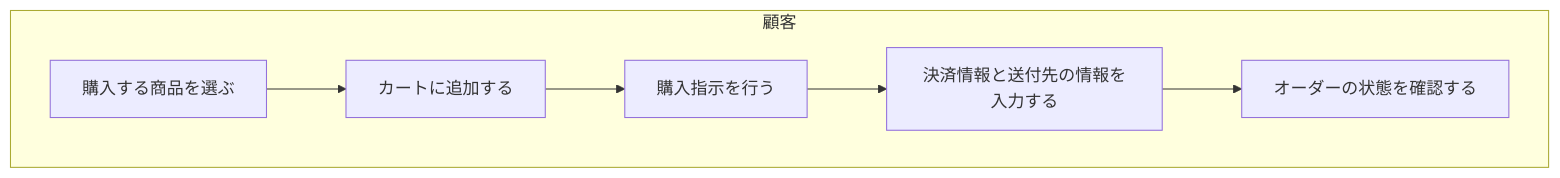
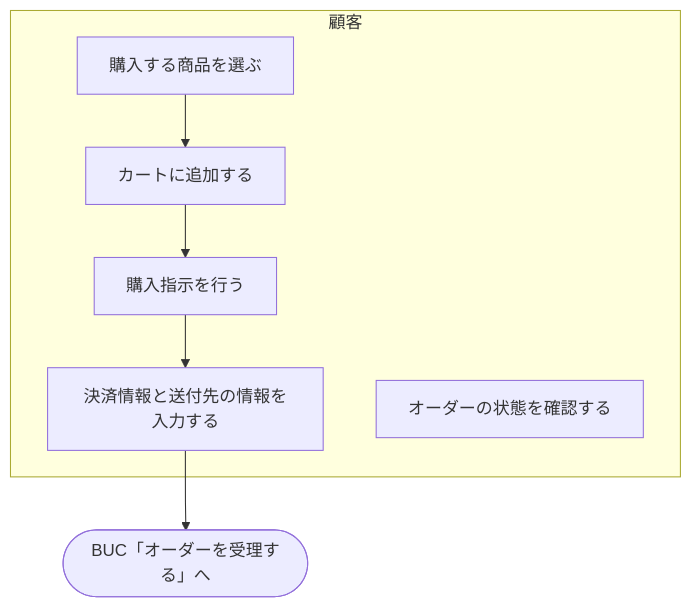
Diagram 13 of 37 in docs/rdra/diagrams.md (Nke0628/rdra-webapp), drawn with Mermaid before and after one commit. The commit also changed other lines of this file and 10 other files, not shown here.

First line of the commit message:
rdra: BUCの表に先・次の列を足し、業務フロー図を描く(追加質問 1件)

````diff
--- a/docs/rdra/diagrams.md
+++ b/docs/rdra/diagrams.md
@@ -222,15 +399,15 @@
 ```mermaid
 flowchart TB
   subgraph l1["顧客"]
     act2["購入する商品を選ぶ"]
     act3["カートに追加する"]
     act4["購入指示を行う"]
     act5["決済情報と送付先の情報を入力する"]
     act6["オーダーの状態を確認する"]
   end
   act2 --> act3
   act3 --> act4
   act4 --> act5
-  act5 --> act6
+  act5 --> to7(["BUC「オーダーを受理する」へ"])
   classDef hyp stroke-dasharray:5 5,stroke:#d97706,color:#92400e
 ```
````
